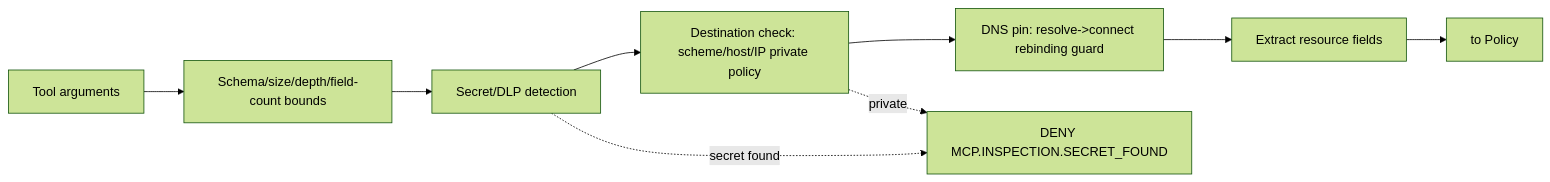
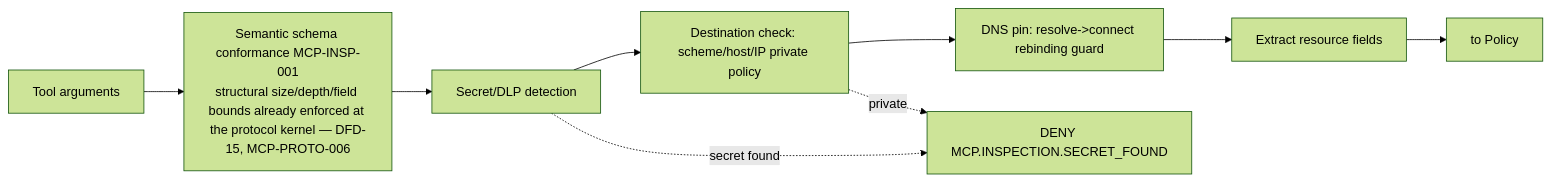
Before and after one commit to KidCarmi/Culvert: the seventh of 15 diagrams in docs/design/mcp/DATA-FLOW-DIAGRAMS.md, drawn with Mermaid (forest theme). The commit also changed other lines of this file and 25 other files, not shown here.

````diff
--- a/docs/design/mcp/DATA-FLOW-DIAGRAMS.md
+++ b/docs/design/mcp/DATA-FLOW-DIAGRAMS.md
@@ -129,11 +130,11 @@
 ```mermaid
 flowchart LR
-  ARG[Tool arguments] --> SCH[Schema/size/depth/field-count bounds]
+  ARG[Tool arguments] --> SCH[Semantic schema conformance MCP-INSP-001<br/>structural size/depth/field bounds already enforced at the protocol kernel — DFD-15, MCP-PROTO-006]
   SCH --> SEC[Secret/DLP detection]
   SEC --> DST[Destination check: scheme/host/IP private policy]
   DST --> DNS[DNS pin: resolve->connect rebinding guard]
   DNS --> RES[Extract resource fields]
   RES --> POL[to Policy]
   SEC -. secret found .-> BLOCK[DENY MCP.INSPECTION.SECRET_FOUND]
   DST -. private .-> BLOCK
 ```
````
